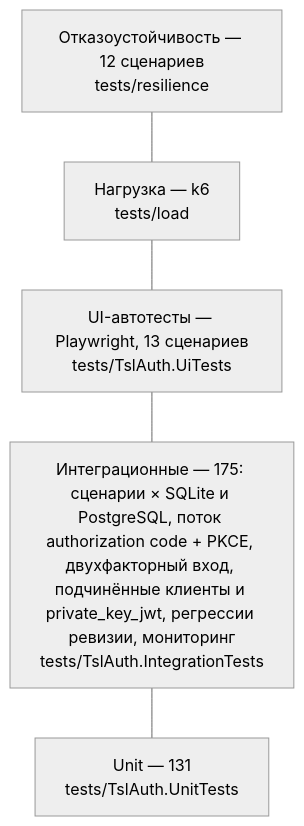
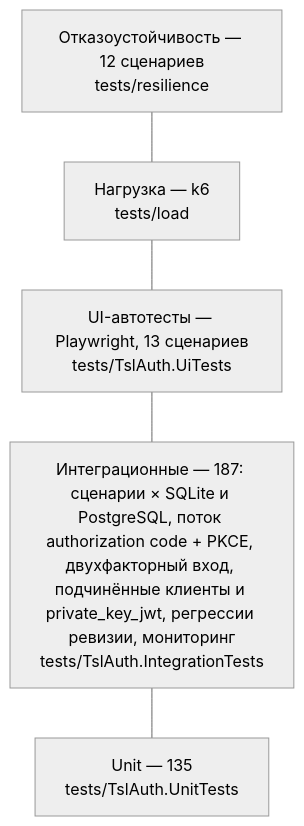
One commit to akprof2000/tsl-auth changed the diagram in docs/testing.md. Above: the diagram before and after it, drawn with Mermaid (neutral theme). The commit also changed other lines of this file and 46 other files, not shown here.

````diff
--- a/docs/testing.md
+++ b/docs/testing.md
@@ -7,9 +7,9 @@
 ```mermaid
 flowchart TB
     R["Отказоустойчивость — 12 сценариев<br/>tests/resilience"]
     L["Нагрузка — k6<br/>tests/load"]
     UI["UI-автотесты — Playwright, 13 сценариев<br/>tests/TslAuth.UiTests"]
-    I["Интеграционные — 175: сценарии × SQLite и PostgreSQL, поток authorization code + PKCE, двухфакторный вход, подчинённые клиенты и private_key_jwt, регрессии ревизии, мониторинг<br/>tests/TslAuth.IntegrationTests"]
-    U["Unit — 131<br/>tests/TslAuth.UnitTests"]
+    I["Интеграционные — 187: сценарии × SQLite и PostgreSQL, поток authorization code + PKCE, двухфакторный вход, подчинённые клиенты и private_key_jwt, регрессии ревизии, мониторинг<br/>tests/TslAuth.IntegrationTests"]
+    U["Unit — 135<br/>tests/TslAuth.UnitTests"]
     R --- L --- UI --- I --- U
 ```
````
